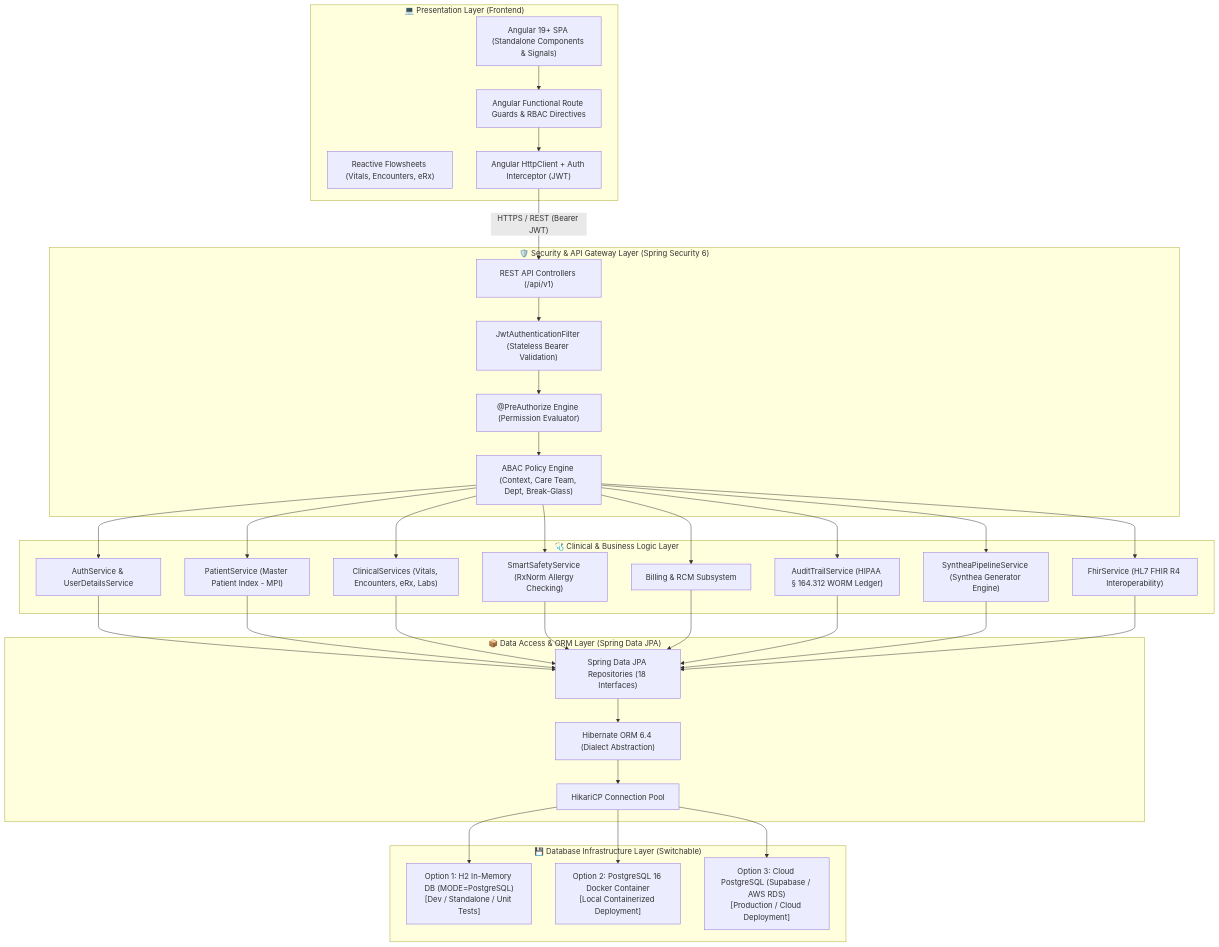
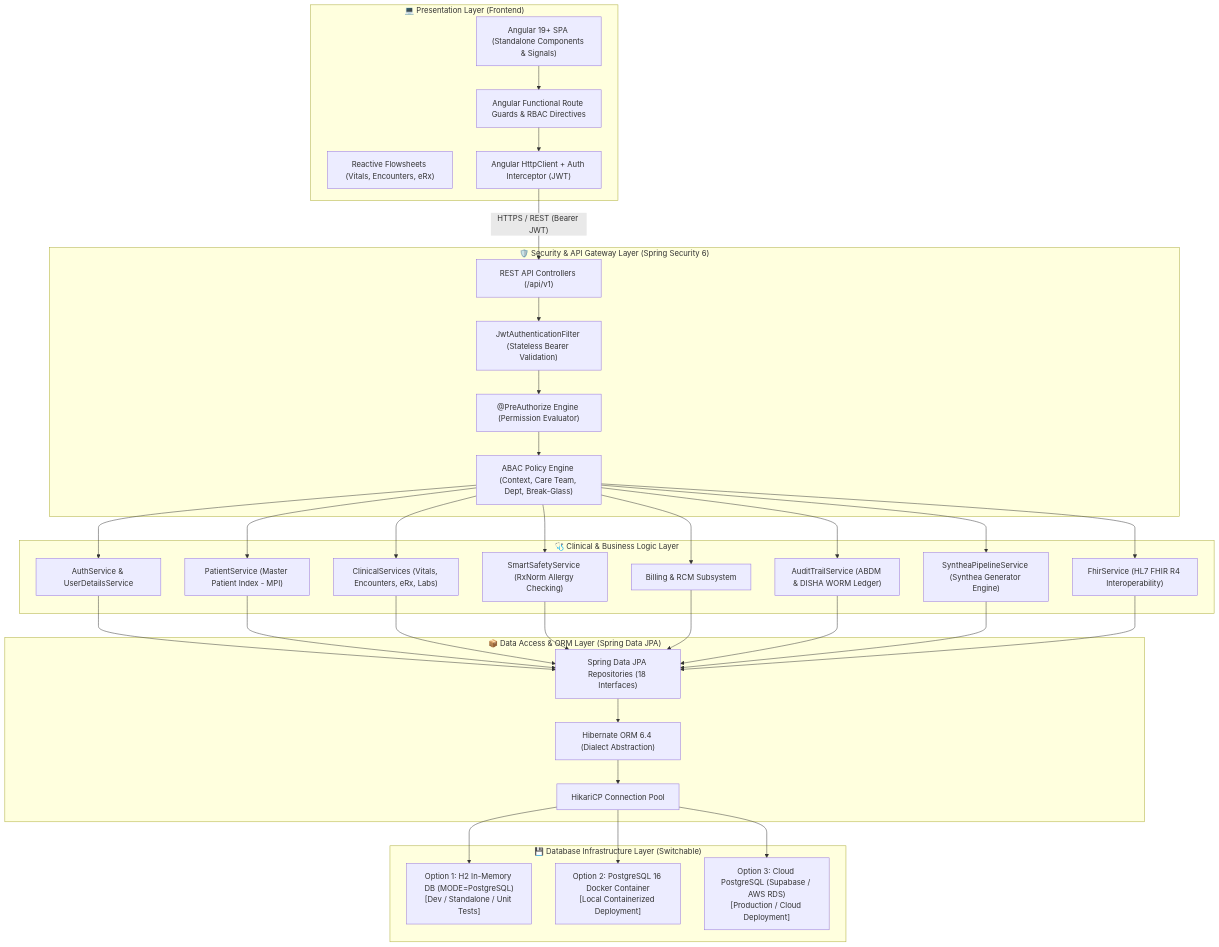
One commit to kamranxdev/Sentinel-EHR changed the first of 3 diagrams in docs/architecture.md. Above: the diagram before and after it, drawn with Mermaid. The commit also changed other lines of this file and 53 other files, not shown here.

````diff
--- a/docs/architecture.md
+++ b/docs/architecture.md
@@ -13,52 +13,52 @@
 ```mermaid
 flowchart TD
     subgraph Presentation_Layer ["💻 Presentation Layer (Frontend)"]
         SPA["Angular 19+ SPA (Standalone Components & Signals)"]
         Forms["Reactive Flowsheets (Vitals, Encounters, eRx)"]
         Guards["Angular Functional Route Guards & RBAC Directives"]
         HTTP["Angular HttpClient + Auth Interceptor (JWT)"]
     end
 
     subgraph Security_Layer ["🛡️ Security & API Gateway Layer (Spring Security 6)"]
         Gateway["REST API Controllers (/api/v1)"]
         JWTFilter["JwtAuthenticationFilter (Stateless Bearer Validation)"]
         RBAC["@PreAuthorize Engine (Permission Evaluator)"]
         ABAC["ABAC Policy Engine (Context, Care Team, Dept, Break-Glass)"]
     end
 
     subgraph Business_Layer ["🩺 Clinical & Business Logic Layer"]
         AuthSvc["AuthService & UserDetailsService"]
         PatientSvc["PatientService (Master Patient Index - MPI)"]
         ClinicalSvc["ClinicalServices (Vitals, Encounters, eRx, Labs)"]
         SafetyEngine["SmartSafetyService (RxNorm Allergy Checking)"]
         BillingSvc["Billing & RCM Subsystem"]
-        AuditSvc["AuditTrailService (HIPAA § 164.312 WORM Ledger)"]
+        AuditSvc["AuditTrailService (ABDM & DISHA WORM Ledger)"]
         SyntheaSvc["SyntheaPipelineService (Synthea Generator Engine)"]
         FhirSvc["FhirService (HL7 FHIR R4 Interoperability)"]
     end
 
     subgraph Persistence_Layer ["📦 Data Access & ORM Layer (Spring Data JPA)"]
         JPA["Spring Data JPA Repositories (18 Interfaces)"]
         ORM["Hibernate ORM 6.4 (Dialect Abstraction)"]
         Pool["HikariCP Connection Pool"]
     end
 
     subgraph Storage_Layer ["💾 Database Infrastructure Layer (Switchable)"]
         H2["Option 1: H2 In-Memory DB (MODE=PostgreSQL)\n[Dev / Standalone / Unit Tests]"]
         PostgresDocker["Option 2: PostgreSQL 16 Docker Container\n[Local Containerized Deployment]"]
         SupabaseCloud["Option 3: Cloud PostgreSQL (Supabase / AWS RDS)\n[Production / Cloud Deployment]"]
     end
 
     SPA --> Guards --> HTTP
     HTTP -->|"HTTPS / REST (Bearer JWT)"| Gateway
     Gateway --> JWTFilter
     JWTFilter --> RBAC
     RBAC --> ABAC
     ABAC --> AuthSvc & PatientSvc & ClinicalSvc & SafetyEngine & BillingSvc & AuditSvc & SyntheaSvc & FhirSvc
     AuthSvc & PatientSvc & ClinicalSvc & SafetyEngine & BillingSvc & AuditSvc & SyntheaSvc & FhirSvc --> JPA
     JPA --> ORM
     ORM --> Pool
     Pool --> H2
     Pool --> PostgresDocker
     Pool --> SupabaseCloud
 ```
````
